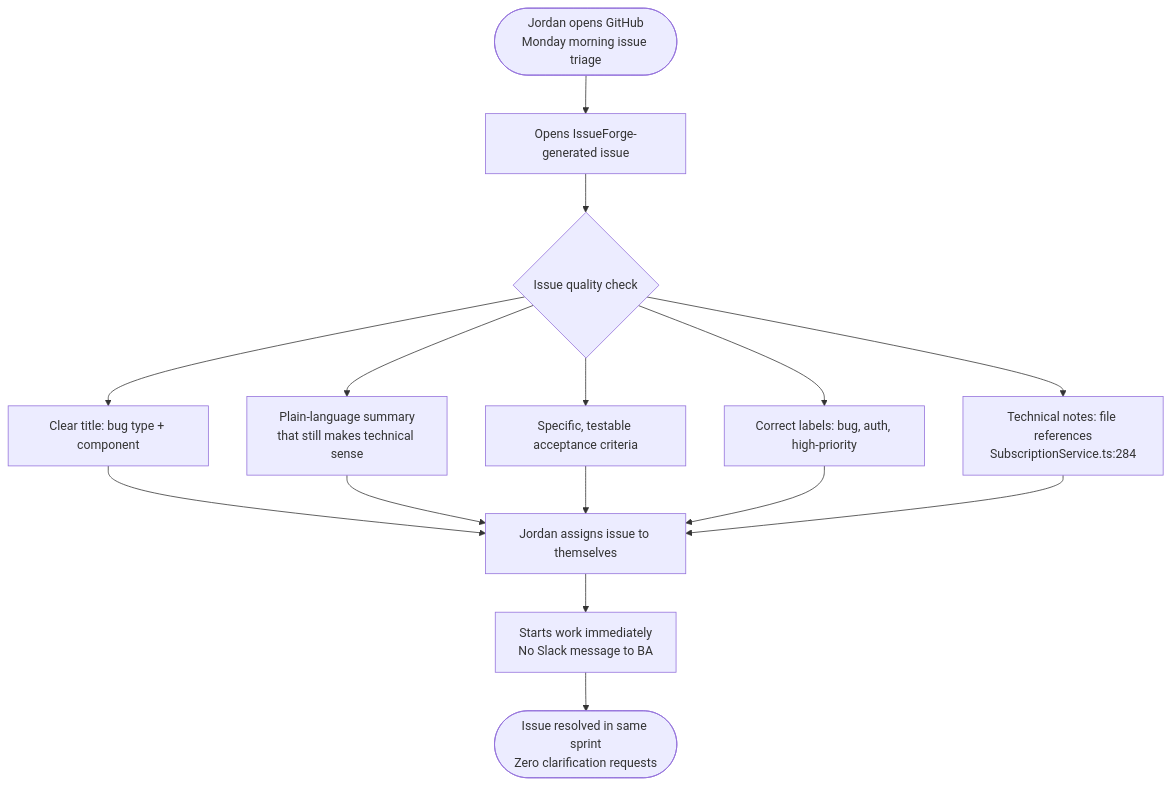
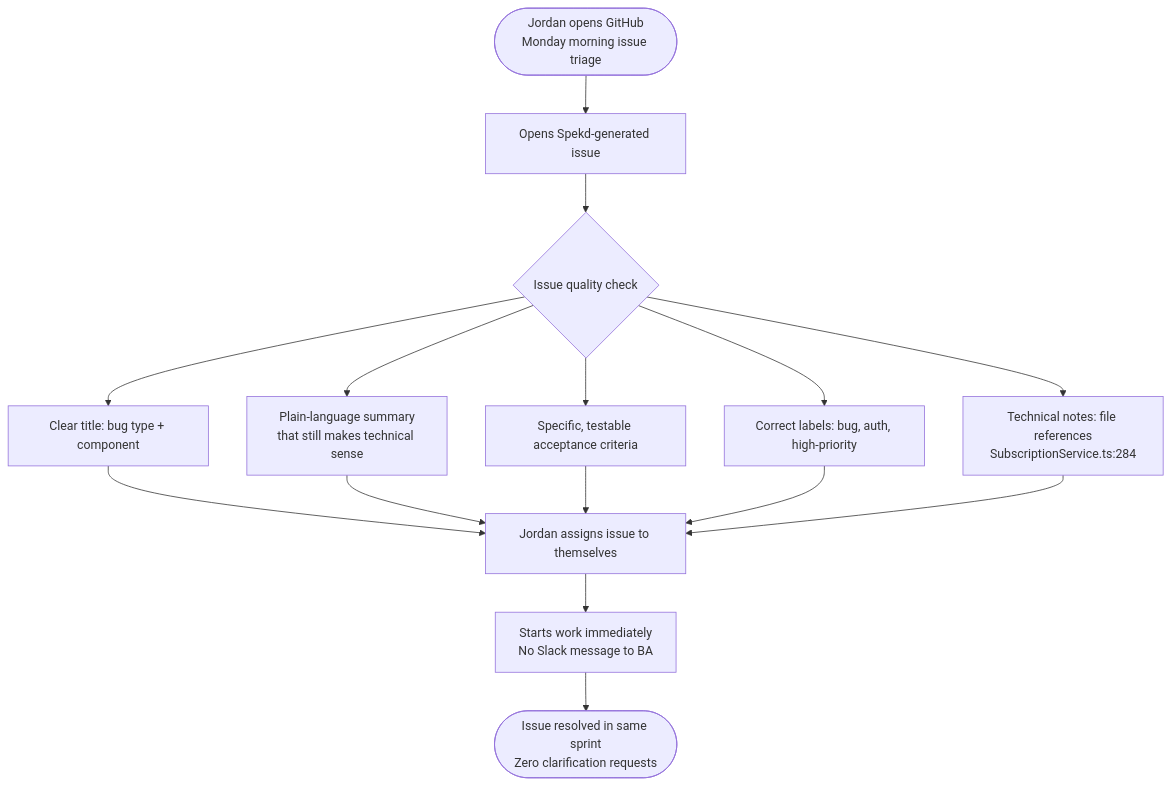
One commit to zane-montelli/issueforge changed the fifth of 7 diagrams in _bmad-output/planning-artifacts/ux-design-specification.md. Above: the diagram before and after it, drawn with Mermaid. The commit also changed other lines of this file and 5 other files, not shown here.

Commit message:
Rebrand the product from IssueForge to Spekd with a complete product overhaul

````diff
--- a/_bmad-output/planning-artifacts/ux-design-specification.md
+++ b/_bmad-output/planning-artifacts/ux-design-specification.md
@@ -704,13 +750,13 @@
 ```mermaid
 flowchart TD
-    A([Jordan opens GitHub\nMonday morning issue triage]) --> B[Opens IssueForge-generated issue]
+    A([Jordan opens GitHub\nMonday morning issue triage]) --> B[Opens Spekd-generated issue]
     B --> C{Issue quality check}
     C --> C1[Clear title: bug type + component]
     C --> C2[Plain-language summary\nthat still makes technical sense]
     C --> C3[Specific, testable acceptance criteria]
     C --> C4[Correct labels: bug, auth, high-priority]
     C --> C5[Technical notes: file references\nSubscriptionService.ts:284]
     C1 & C2 & C3 & C4 & C5 --> D[Jordan assigns issue to themselves]
     D --> E[Starts work immediately\nNo Slack message to BA]
     E --> F([Issue resolved in same sprint\nZero clarification requests])
 ```
````
